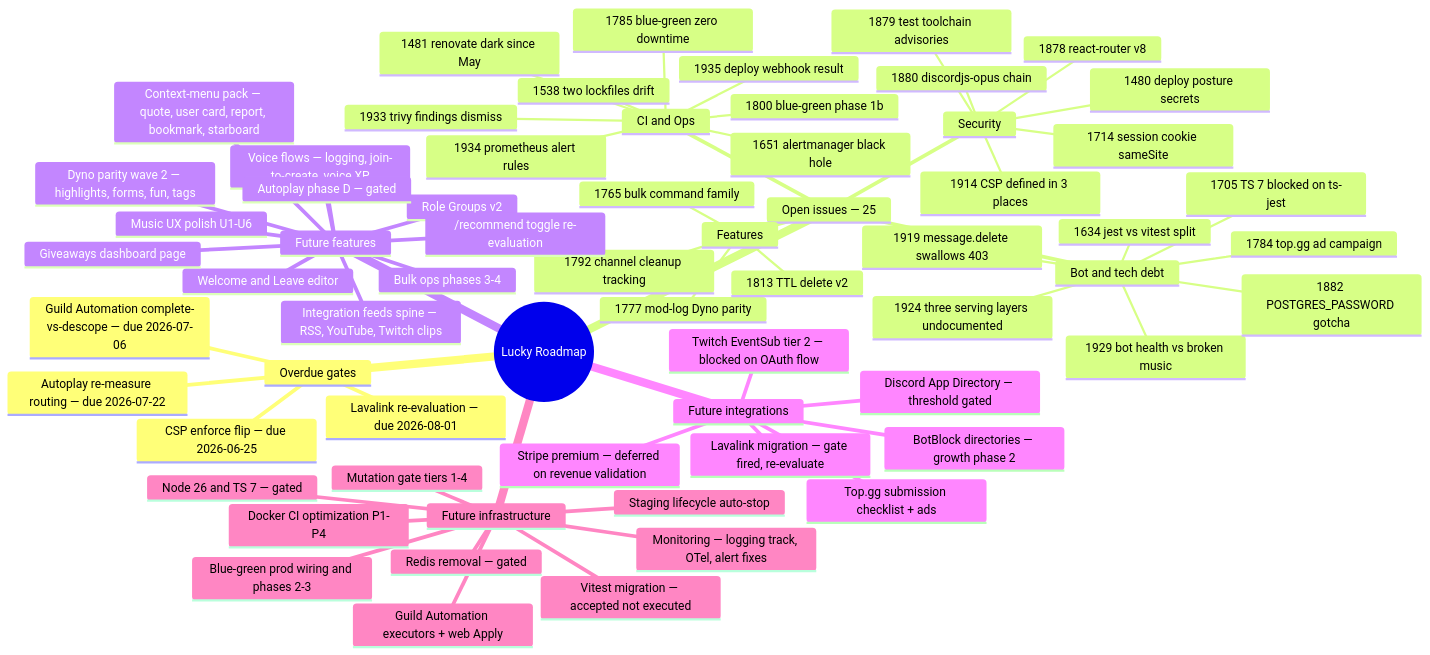
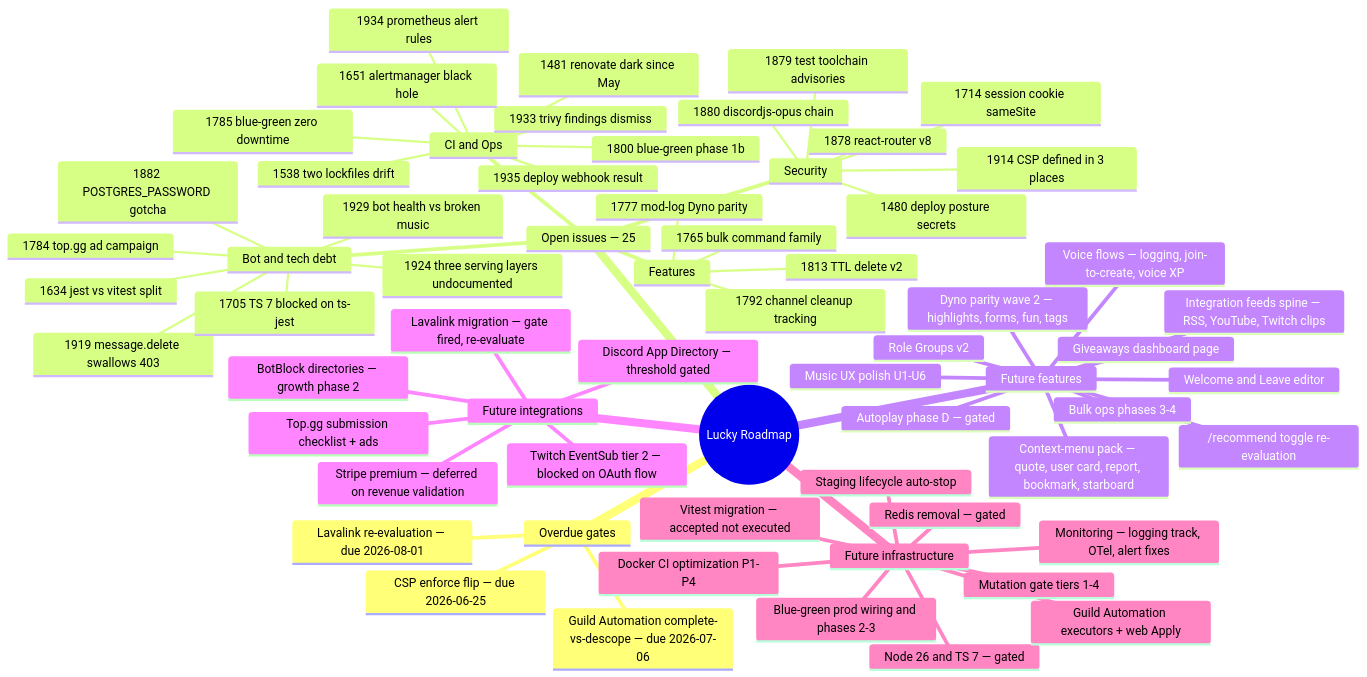
The first of 2 diagrams in docs/roadmap.md (LucasSantana-Dev/Lucky), drawn with Mermaid before and after one commit. The commit also changed other lines of this file and 1 other file, not shown here.

First line of the commit message:
docs: autoplay re-measure — coverage gate passed, route to reliability + UX

````diff
--- a/docs/roadmap.md
+++ b/docs/roadmap.md
@@ -8,68 +8,67 @@
 ```mermaid
 mindmap
   root((Lucky Roadmap))
     Overdue gates
       CSP enforce flip — due 2026-06-25
       Guild Automation complete-vs-descope — due 2026-07-06
-      Autoplay re-measure routing — due 2026-07-22
       Lavalink re-evaluation — due 2026-08-01
     Open issues — 25
       Features
         1777 mod-log Dyno parity
         1765 bulk command family
         1813 TTL delete v2
         1792 channel cleanup tracking
       CI and Ops
         1935 deploy webhook result
         1934 prometheus alert rules
         1933 trivy findings dismiss
         1800 blue-green phase 1b
         1785 blue-green zero downtime
         1651 alertmanager black hole
         1481 renovate dark since May
         1538 two lockfiles drift
       Security
         1480 deploy posture secrets
         1880 discordjs-opus chain
         1878 react-router v8
         1879 test toolchain advisories
         1914 CSP defined in 3 places
         1714 session cookie sameSite
       Bot and tech debt
         1929 bot health vs broken music
         1919 message.delete swallows 403
         1634 jest vs vitest split
         1705 TS 7 blocked on ts-jest
         1924 three serving layers undocumented
         1882 POSTGRES_PASSWORD gotcha
         1784 top.gg ad campaign
     Future features
       Context-menu pack — quote, user card, report, bookmark, starboard
       Welcome and Leave editor
       Giveaways dashboard page
       Integration feeds spine — RSS, YouTube, Twitch clips
       Voice flows — logging, join-to-create, voice XP
       Dyno parity wave 2 — highlights, forms, fun, tags
       Bulk ops phases 3-4
       Role Groups v2
       Music UX polish U1-U6
       /recommend toggle re-evaluation
       Autoplay phase D — gated
     Future integrations
       Twitch EventSub tier 2 — blocked on OAuth flow
       Stripe premium — deferred on revenue validation
       Lavalink migration — gate fired, re-evaluate
       BotBlock directories — growth phase 2
       Discord App Directory — threshold gated
       Top.gg submission checklist + ads
     Future infrastructure
       Blue-green prod wiring and phases 2-3
       Docker CI optimization P1-P4
       Vitest migration — accepted not executed
       Monitoring — logging track, OTel, alert fixes
       Staging lifecycle auto-stop
       Mutation gate tiers 1-4
       Node 26 and TS 7 — gated
       Redis removal — gated
       Guild Automation executors + web Apply
 ```
````
